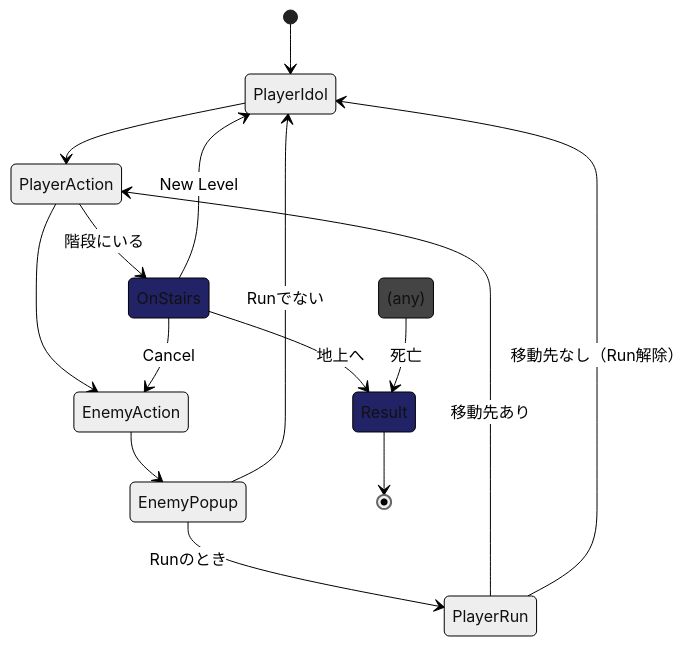
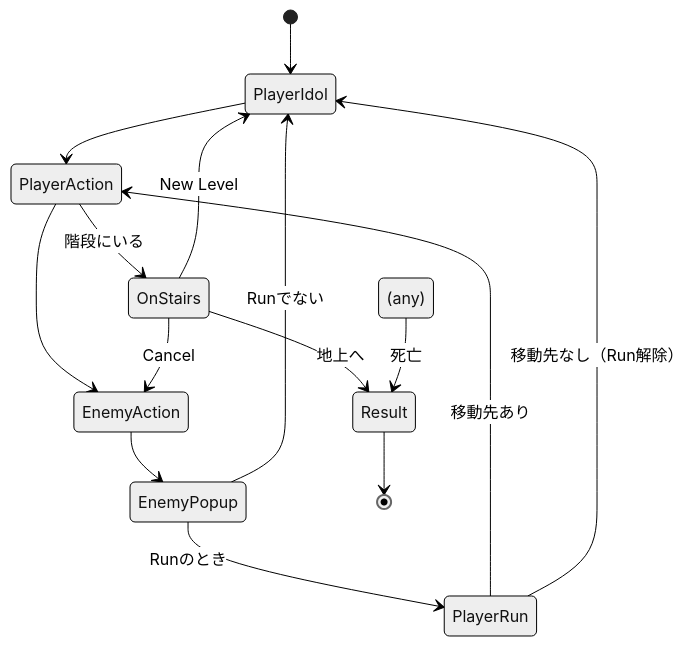
The first of 2 diagrams in README.md (nowsprinting/RoguelikeExample), drawn with Mermaid (neutral theme) before and after one commit.

Commit message:
Remove color in state diagram

````diff
--- a/README.md
+++ b/README.md
@@ -49,23 +49,20 @@
 ```mermaid
 stateDiagram-v2
-    classDef UI fill:#226
-    classDef Any fill:#444
-
     [*] --> PlayerIdol
     PlayerIdol --> PlayerAction
     PlayerAction --> EnemyAction
     EnemyAction --> EnemyPopup
     EnemyPopup --> PlayerIdol: Runでない
 
     EnemyPopup --> PlayerRun: Runのとき
     PlayerRun --> PlayerAction: 移動先あり
     PlayerRun --> PlayerIdol: 移動先なし（Run解除）
 
-    PlayerAction --> OnStairs:::UI: 階段にいる
+    PlayerAction --> OnStairs: 階段にいる
     OnStairs --> EnemyAction: Cancel
     OnStairs --> PlayerIdol: New Level
-    OnStairs --> Result:::UI: 地上へ
+    OnStairs --> Result: 地上へ
     Result --> [*]
 
-    (any):::Any --> Result: 死亡
+    (any) --> Result: 死亡
 ```
````
